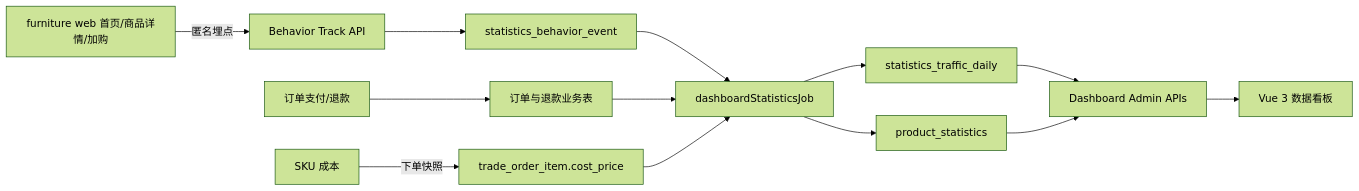
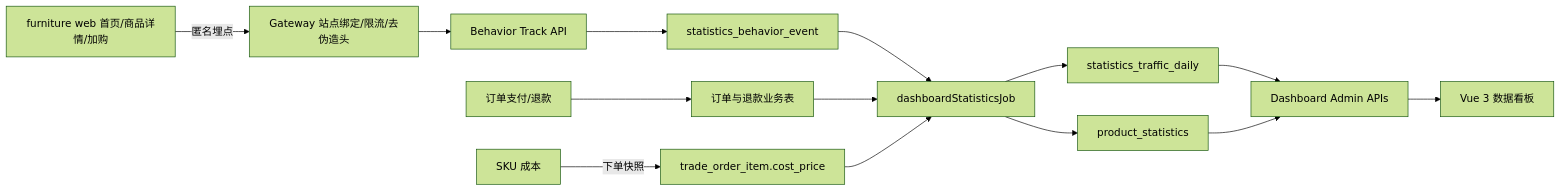
Before and after one commit to cqz-cio/furniture: the diagram in yudao电商管理平台前后端/yudao-ui-admin-vue3/docs/superpowers/specs/2026-07-10-furniture-commerce-data-dashboard-design.md, drawn with Mermaid (forest theme). The commit also changed other lines of this file and 5 other files, not shown here.

````diff
--- a/yudao电商管理平台前后端/yudao-ui-admin-vue3/docs/superpowers/specs/2026-07-10-furniture-commerce-data-dashboard-design.md
+++ b/yudao电商管理平台前后端/yudao-ui-admin-vue3/docs/superpowers/specs/2026-07-10-furniture-commerce-data-dashboard-design.md
@@ -501,15 +626,16 @@
 ```mermaid
 flowchart LR
-    A["furniture web 首页/商品详情/加购"] -->|"匿名埋点"| B["Behavior Track API"]
-    B --> C["statistics_behavior_event"]
+    A["furniture web 首页/商品详情/加购"] -->|"匿名埋点"| B["Gateway 站点绑定/限流/去伪造头"]
+    B --> C["Behavior Track API"]
+    C --> D1["statistics_behavior_event"]
     D["订单支付/退款"] --> E["订单与退款业务表"]
     F["SKU 成本"] -->|"下单快照"| G["trade_order_item.cost_price"]
-    C --> H["dashboardStatisticsJob"]
+    D1 --> H["dashboardStatisticsJob"]
     E --> H
     G --> H
     H --> I["statistics_traffic_daily"]
     H --> J["product_statistics"]
     I --> K["Dashboard Admin APIs"]
     J --> K
     K --> L["Vue 3 数据看板"]
 ```
````
